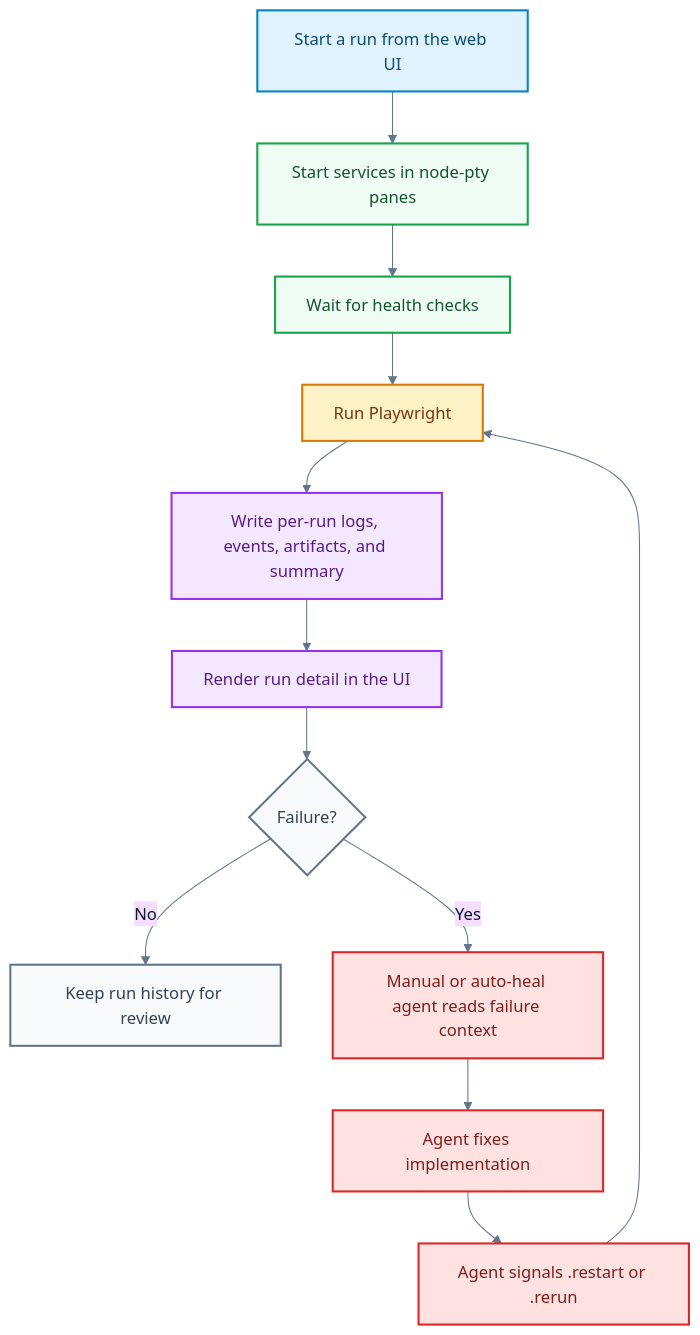
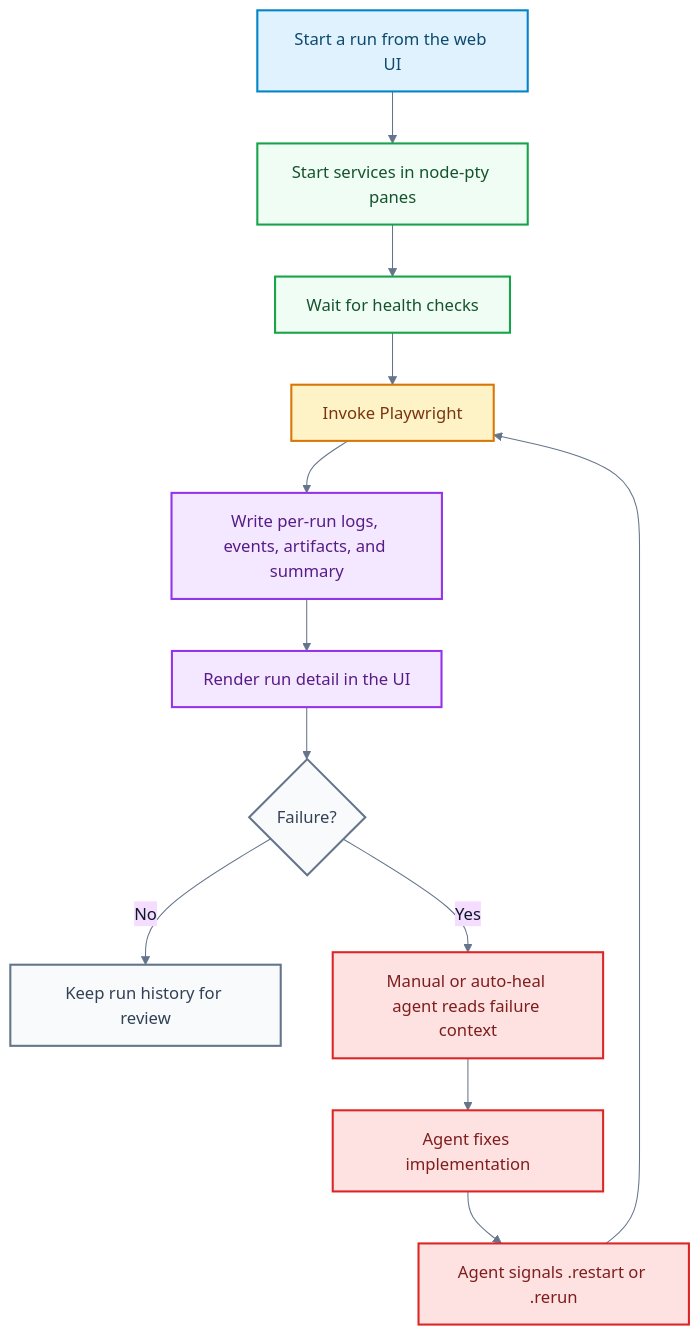
One commit to ferterahadi/canary-lab changed the first of 2 diagrams in README.md. Above: the diagram before and after it, drawn with Mermaid. The commit also changed other lines of this file, not shown here.

````diff
--- a/README.md
+++ b/README.md
@@ -176,29 +201,29 @@
 ```mermaid
 %%{init: {"theme": "base", "themeVariables": {"fontFamily": "Inter, ui-sans-serif, system-ui, sans-serif", "primaryTextColor": "#0f172a", "lineColor": "#64748b"}}}%%
 flowchart TD
     A["Start a run from the web UI"] --> B["Start services in node-pty panes"]
     B --> C["Wait for health checks"]
-    C --> D["Run Playwright"]
+    C --> D["Invoke Playwright"]
     D --> E["Write per-run logs, events, artifacts, and summary"]
     E --> F["Render run detail in the UI"]
     F --> G{"Failure?"}
     G -->|No| H["Keep run history for review"]
     G -->|Yes| I["Manual or auto-heal agent reads failure context"]
     I --> J["Agent fixes implementation"]
     J --> K["Agent signals .restart or .rerun"]
     K --> D
 
     classDef entry fill:#e0f2fe,stroke:#0284c7,color:#0c4a6e,stroke-width:2px
     classDef service fill:#f0fdf4,stroke:#16a34a,color:#14532d,stroke-width:2px
     classDef test fill:#fef3c7,stroke:#d97706,color:#78350f,stroke-width:2px
     classDef artifact fill:#f3e8ff,stroke:#9333ea,color:#581c87,stroke-width:2px
     classDef heal fill:#fee2e2,stroke:#dc2626,color:#7f1d1d,stroke-width:2px
     classDef done fill:#f8fafc,stroke:#64748b,color:#334155,stroke-width:2px
 
     class A entry
     class B,C service
     class D test
     class E,F artifact
     class G,H done
     class I,J,K heal
 ```
````
